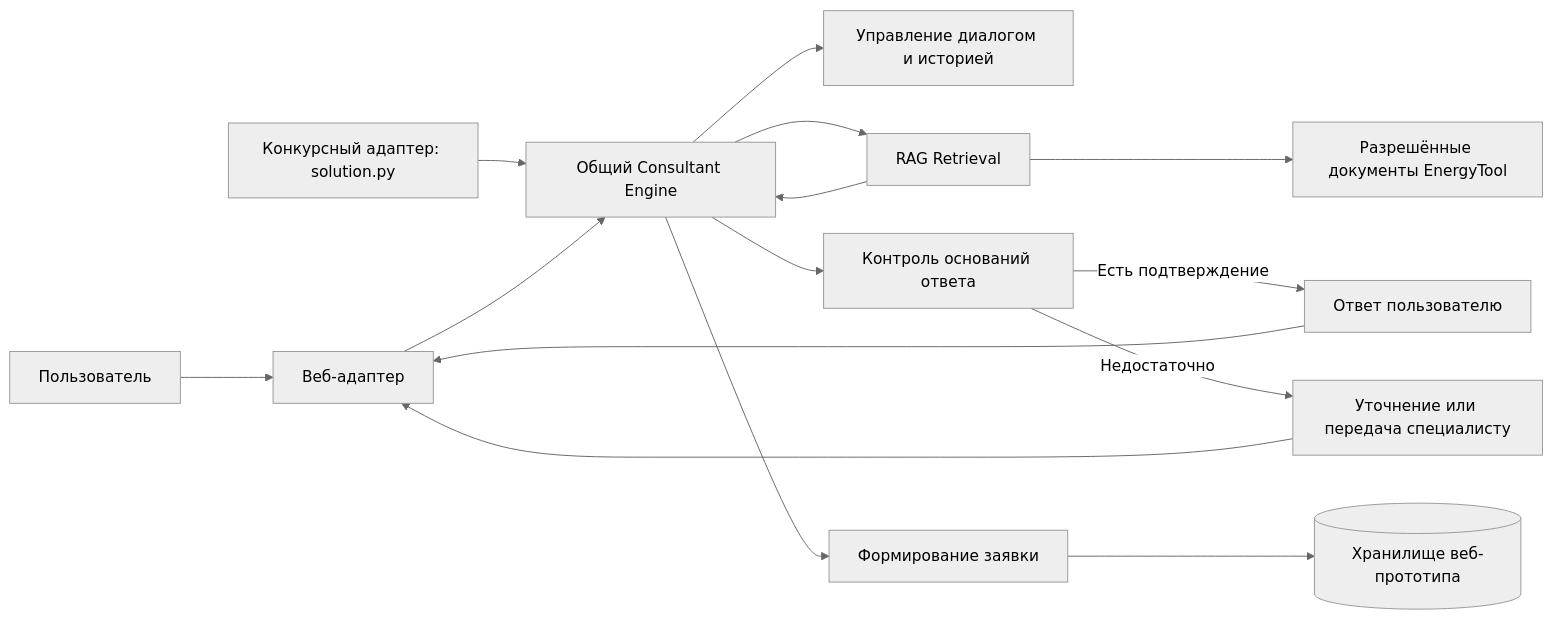
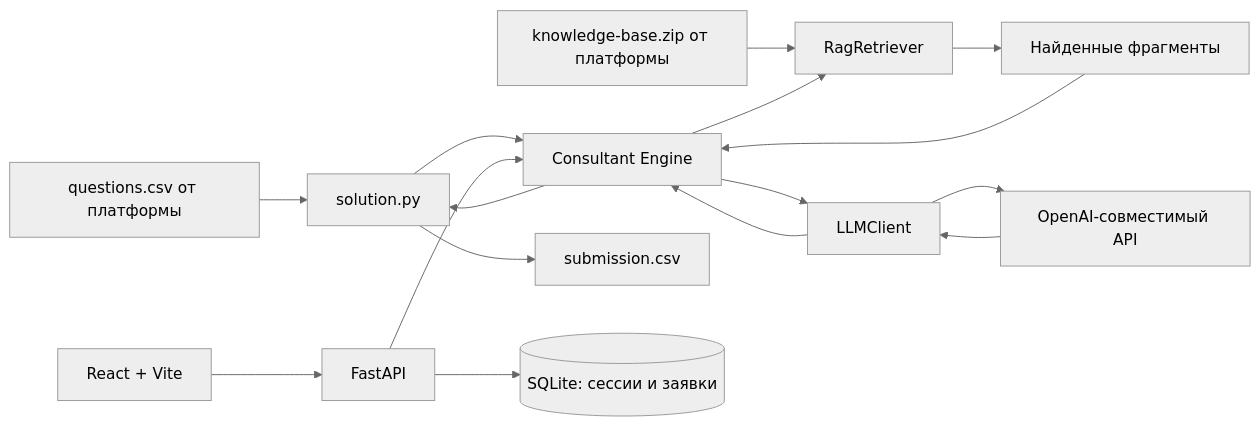
Before and after one commit to sl4dk1y/MTS-EnergyTool-AI-Consultant: the diagram in docs/ARCHITECTURE.md, drawn with Mermaid (neutral theme). The commit also changed other lines of this file and 11 other files, not shown here.

````diff
--- a/docs/ARCHITECTURE.md
+++ b/docs/ARCHITECTURE.md
@@ -11,17 +9,19 @@
 ```mermaid
 flowchart LR
-    U[Пользователь] --> WA[Веб-адаптер]
-    CA[Конкурсный адаптер: solution.py] --> E[Общий Consultant Engine]
-    WA --> E
-    E --> D[Управление диалогом и историей]
-    E --> R[RAG Retrieval]
-    R --> KB[Разрешённые документы EnergyTool]
-    R --> E
-    E --> V[Контроль оснований ответа]
-    V -->|Есть подтверждение| O[Ответ пользователю]
-    V -->|Недостаточно| Q[Уточнение или передача специалисту]
-    E --> L[Формирование заявки]
-    L --> DB[(Хранилище веб-прототипа)]
-    O --> WA
-    Q --> WA
+    Q[questions.csv от платформы] --> S[solution.py]
+    KB[knowledge-base.zip от платформы] --> R[RagRetriever]
+    S --> E[Consultant Engine]
+    E --> R
+    R --> C[Найденные фрагменты]
+    C --> E
+    E --> L[LLMClient]
+    L --> API[OpenAI-совместимый API]
+    API --> L
+    L --> E
+    E --> S
+    S --> OUT[submission.csv]
+
+    UI[React + Vite] --> WEB[FastAPI]
+    WEB --> E
+    WEB --> DB[(SQLite: сессии и заявки)]
 ```
````
